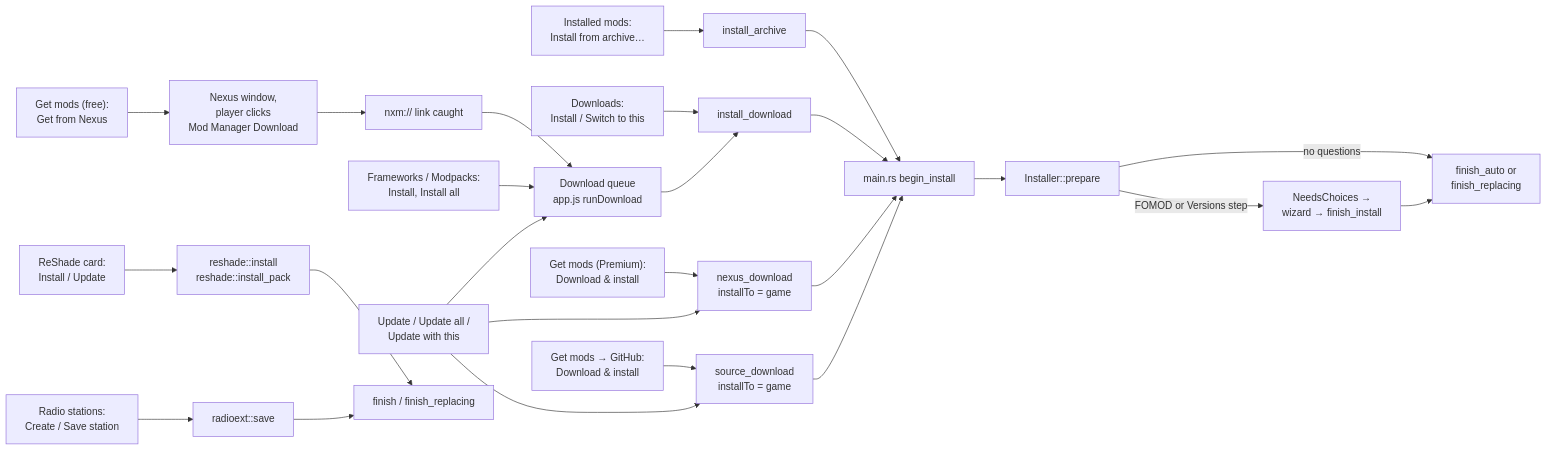
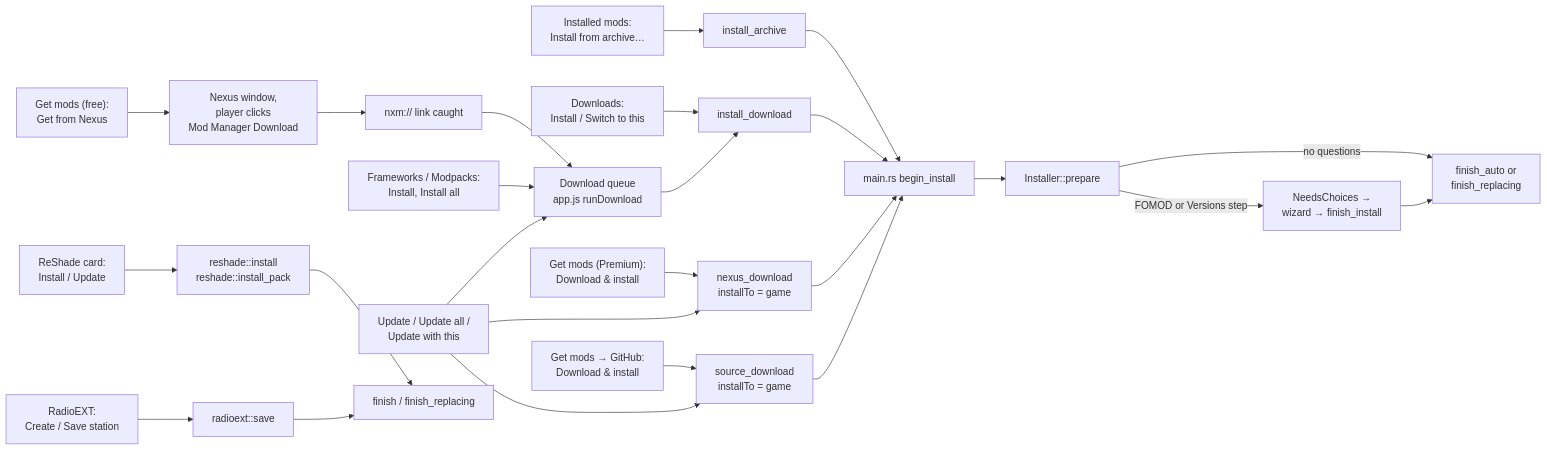
Before and after one commit to Higher-dimentionalSemanticsFanatic/LinuxCPMX2077: the diagram in docs/architecture/Entry points.md, drawn with Mermaid. The commit also changed other lines of this file and 7 other files, not shown here.

First line of the commit message:
Rename the Radio stations section to RadioEXT

````diff
--- a/docs/architecture/Entry points.md
+++ b/docs/architecture/Entry points.md
@@ -12,17 +12,17 @@
 ```mermaid
 flowchart LR
   file["Installed mods:<br/>Install from archive…"] --> ia[install_archive]
   dl["Downloads:<br/>Install / Switch to this"] --> idl[install_download]
   prem["Get mods (Premium):<br/>Download & install"] --> nd[nexus_download<br/>installTo = game]
   free["Get mods (free):<br/>Get from Nexus"] --> win[Nexus window,<br/>player clicks<br/>Mod Manager Download] --> nxm[nxm:// link caught] --> q
   gh["Get mods → GitHub:<br/>Download & install"] --> sd[source_download<br/>installTo = game]
   fw["Frameworks / Modpacks:<br/>Install, Install all"] --> q[Download queue<br/>app.js runDownload] --> idl
   upd["Update / Update all /<br/>Update with this"] --> nd & sd & q
   ia & idl & nd & sd --> bi[main.rs begin_install]
   bi --> prep[Installer::prepare]
   prep -- FOMOD or Versions step --> pend[NeedsChoices →<br/>wizard → finish_install]
   prep -- no questions --> auto[finish_auto or<br/>finish_replacing]
   pend --> auto
   rsh["ReShade card:<br/>Install / Update"] --> rsi[reshade::install<br/>reshade::install_pack] --> fin[finish / finish_replacing]
-  rad["Radio stations:<br/>Create / Save station"] --> rds[radioext::save] --> fin
+  rad["RadioEXT:<br/>Create / Save station"] --> rds[radioext::save] --> fin
 ```
````
